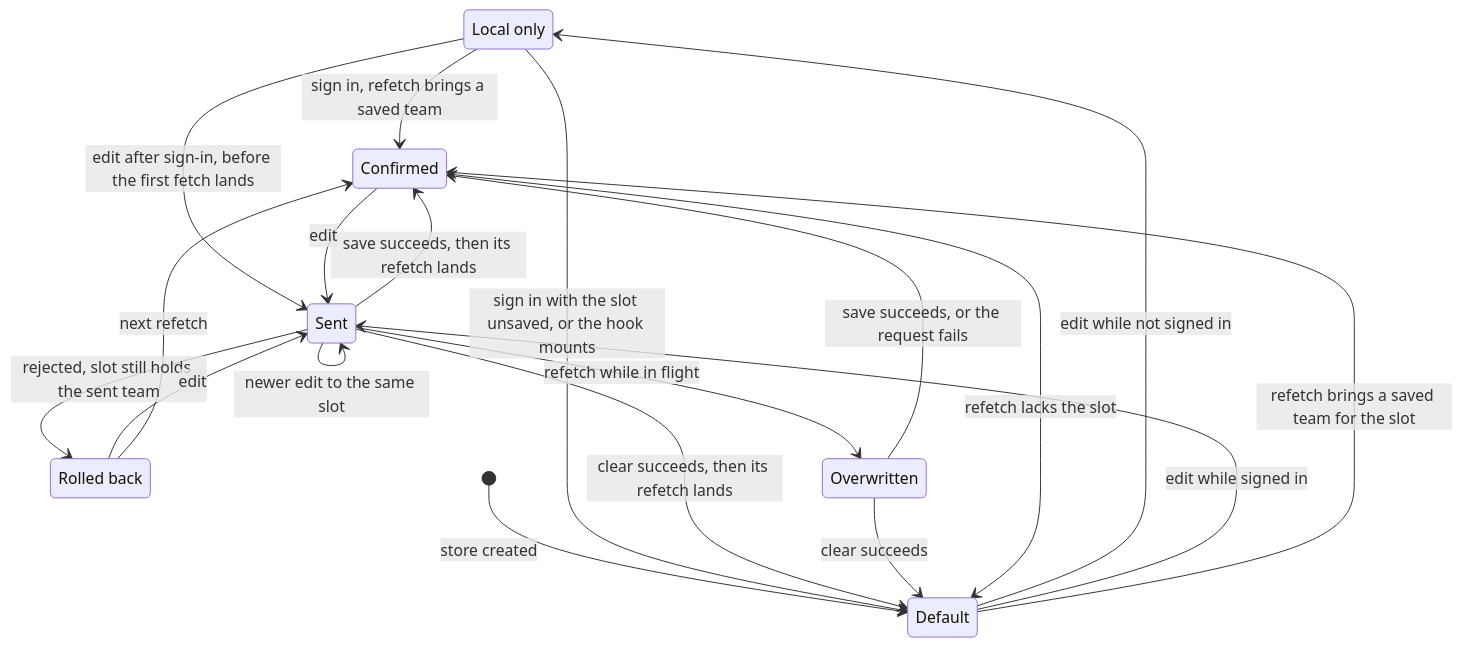
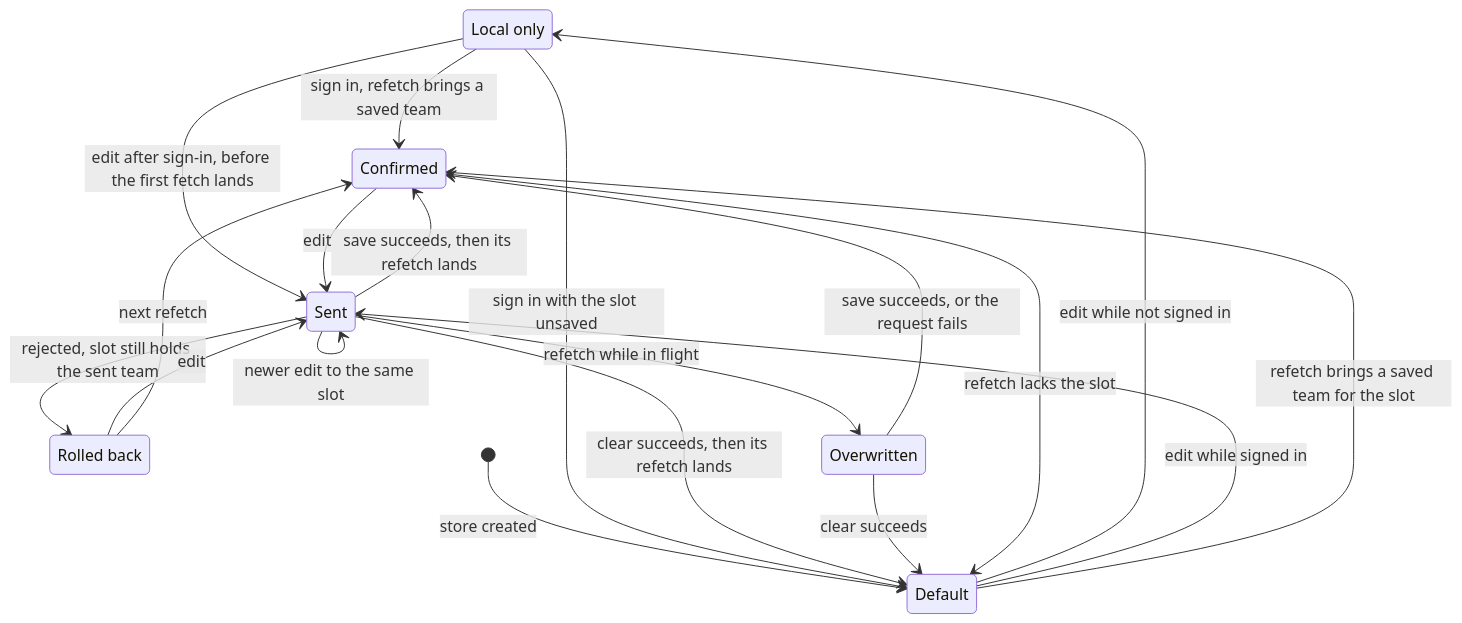
The third of 3 diagrams in docs/reference/data-flow-lifecycles.md (dungeon-studio/genshin.dungeon.studio), drawn with Mermaid before and after one commit. The commit also changed other lines of this file and 4 other files, not shown here.

First line of the commit message:
docs: fact-check data flow pages after merging develop

````diff
--- a/docs/reference/data-flow-lifecycles.md
+++ b/docs/reference/data-flow-lifecycles.md
@@ -117,25 +118,25 @@
 ```mermaid
 stateDiagram-v2
   state "Local only" as LocalOnly
   state "Rolled back" as RolledBack
   state "Default" as DefaultTeam
 
   [*] --> DefaultTeam: store created
   DefaultTeam --> LocalOnly: edit while not signed in
   DefaultTeam --> Sent: edit while signed in
   DefaultTeam --> Confirmed: refetch brings a saved team for the slot
   LocalOnly --> Confirmed: sign in, refetch brings a saved team
   LocalOnly --> Sent: edit after sign-in, before the first fetch lands
-  LocalOnly --> DefaultTeam: sign in with the slot unsaved, or the hook mounts
+  LocalOnly --> DefaultTeam: sign in with the slot unsaved
   Sent --> Sent: newer edit to the same slot
   Sent --> Confirmed: save succeeds, then its refetch lands
   Sent --> DefaultTeam: clear succeeds, then its refetch lands
   Sent --> RolledBack: rejected, slot still holds the sent team
   Sent --> Overwritten: refetch while in flight
   Overwritten --> Confirmed: save succeeds, or the request fails
   Overwritten --> DefaultTeam: clear succeeds
   Confirmed --> Sent: edit
   Confirmed --> DefaultTeam: refetch lacks the slot
   RolledBack --> Sent: edit
   RolledBack --> Confirmed: next refetch
 ```
````
